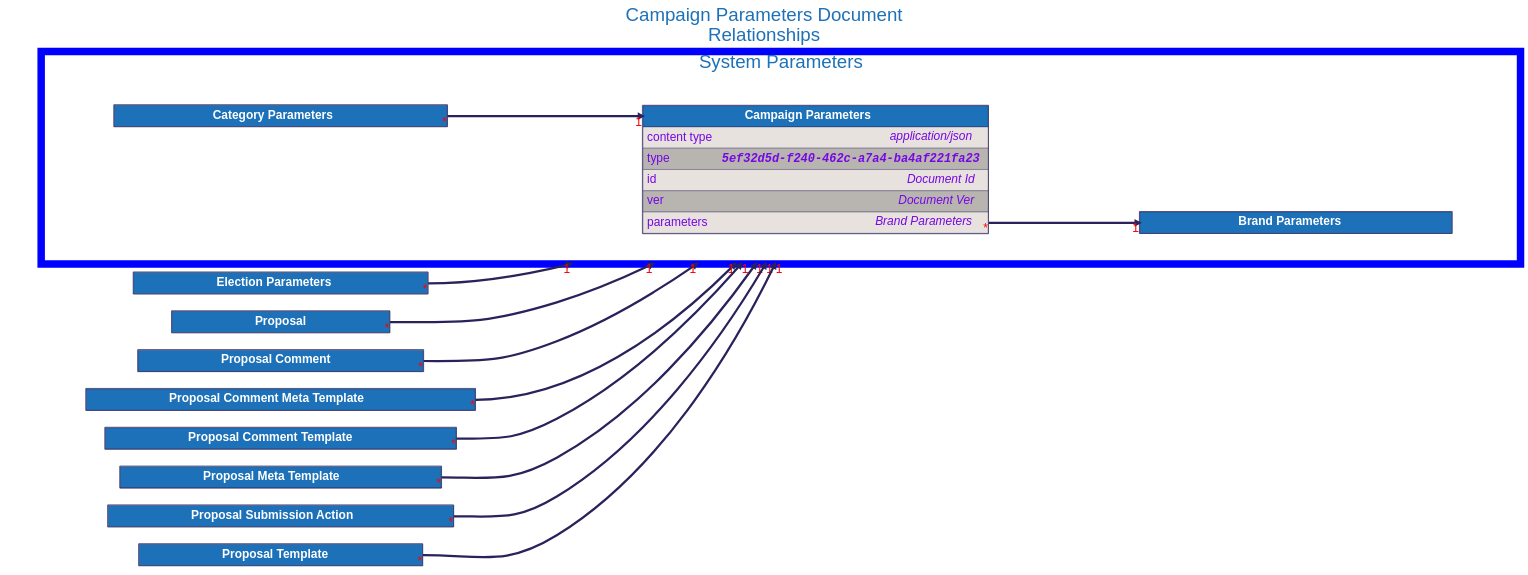
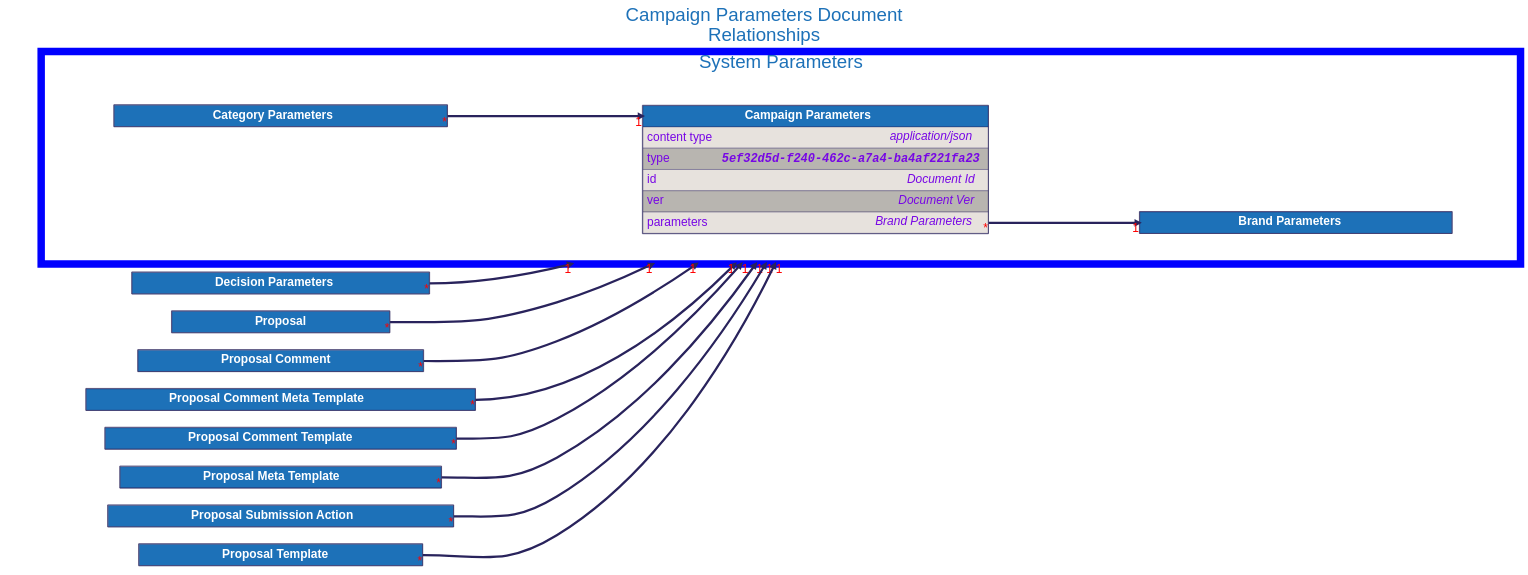
One commit to input-output-hk/catalyst-libs changed the diagram in docs/src/architecture/08_concepts/signed_doc/diagrams/campaign_parameters.dot. Above: the diagram before and after it, drawn with Graphviz. The commit also changed 10 other files, not shown here.

Commit message:
fix(docs): Rename Election Parameters to Decision parameters

```diff
--- a/docs/src/architecture/08_concepts/signed_doc/diagrams/campaign_parameters.dot
+++ b/docs/src/architecture/08_concepts/signed_doc/diagrams/campaign_parameters.dot
@@ -114,13 +114,13 @@
 
     }
 
-    "Election Parameters" [
-        id="Election Parameters";
+    "Decision Parameters" [
+        id="Decision Parameters";
         label=<
             <TABLE BORDER="2" COLOR="#29235c" CELLBORDER="1" CELLSPACING="0" CELLPADDING="10">
             <TR>
-                <TD PORT="title" BGCOLOR="#1d71b8" HREF="../election_parameters/">
-                    <FONT COLOR="#ffffff"><B> Election Parameters </B></FONT>
+                <TD PORT="title" BGCOLOR="#1d71b8" HREF="../decision_parameters/">
+                    <FONT COLOR="#ffffff"><B> Decision Parameters </B></FONT>
                 </TD>
             </TR>
 
@@ -236,7 +236,7 @@
 
     "Campaign Parameters":"parameters":e -> "Brand Parameters":"title":w [dir=forward, penwidth=6, color="#29235c", headlabel="1", taillabel="*"]
     "Category Parameters":"title":e -> "Campaign Parameters":"title":w [dir=forward, penwidth=6, color="#29235c", headlabel="1", taillabel="*"]
-    "Election Parameters":"title":e -> "Campaign Parameters" [dir=forward, penwidth=6, color="#29235c", headlabel="1", taillabel="*", lhead="cluster_system_parameters"]
+    "Decision Parameters":"title":e -> "Campaign Parameters" [dir=forward, penwidth=6, color="#29235c", headlabel="1", taillabel="*", lhead="cluster_system_parameters"]
     "Proposal":"title":e -> "Campaign Parameters" [dir=forward, penwidth=6, color="#29235c", headlabel="1", taillabel="*", lhead="cluster_system_parameters"]
     "Proposal Comment":"title":e -> "Campaign Parameters" [dir=forward, penwidth=6, color="#29235c", headlabel="1", taillabel="*", lhead="cluster_system_parameters"]
     "Proposal Comment Meta Template":"title":e -> "Campaign Parameters" [dir=forward, penwidth=6, color="#29235c", headlabel="1", taillabel="*", lhead="cluster_system_parameters"]
```
